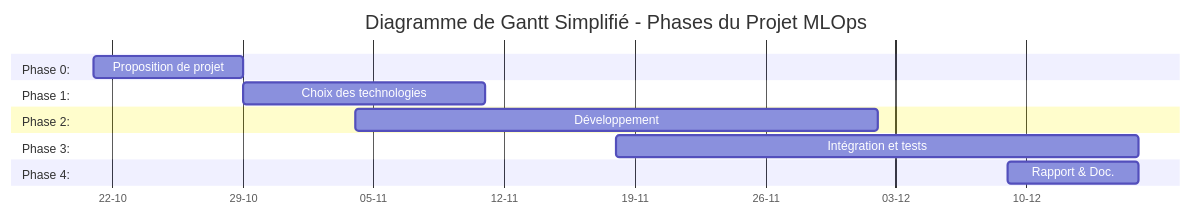
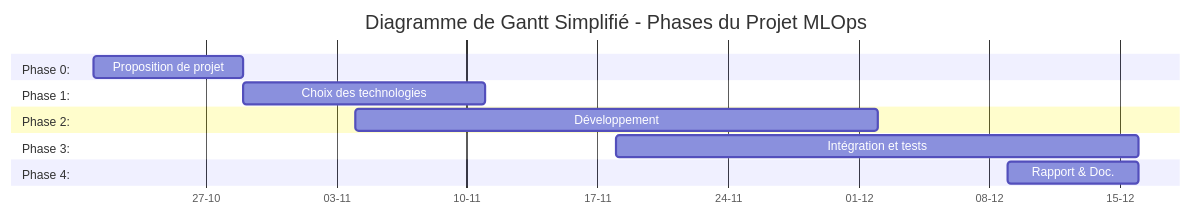
One commit to ODAncona/MachLeData_Project changed the third of 4 diagrams in project_mgmt/report.md. Above: the diagram before and after it, drawn with Mermaid. The commit also changed other lines of this file and 12 other files, not shown here.

````diff
--- a/project_mgmt/report.md
+++ b/project_mgmt/report.md
@@ -185,21 +185,21 @@
 ```mermaid
 gantt
     title Diagramme de Gantt Simplifié - Phases du Projet MLOps
     dateFormat  YYYY-MM-DD
     axisFormat  %d-%m
 
     section Phase 0: 
-    Proposition de projet   :   p0, 2023-10-21,2023-10-29
+    Proposition de projet   :   p0, 2024-10-21,2024-10-29
 
     section Phase 1: 
-    Choix des technologies                :   p1, 2023-10-29,2023-11-11
+    Choix des technologies                :   p1, 2024-10-29,2024-11-11
 
     section Phase 2: 
-    Développement        :   p2, 2023-11-04,2023-12-02
+    Développement        :   p2, 2024-11-04,2024-12-02
 
     section Phase 3: 
-    Intégration et tests                  :   p3, 2023-11-18,2023-12-16
+    Intégration et tests                  :   p3, 2024-11-18,2024-12-16
 
     section Phase 4: 
-    Rapport & Doc. :   p4, 2023-12-09,2023-12-16
+    Rapport & Doc. :   p4, 2024-12-09,2024-12-16
 ```
````
